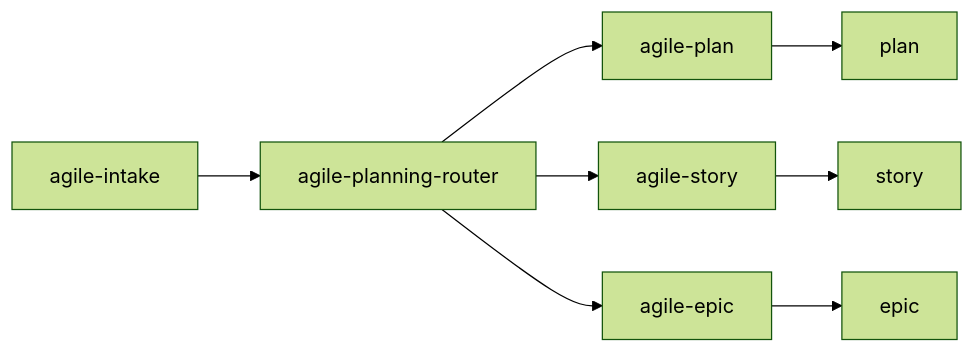
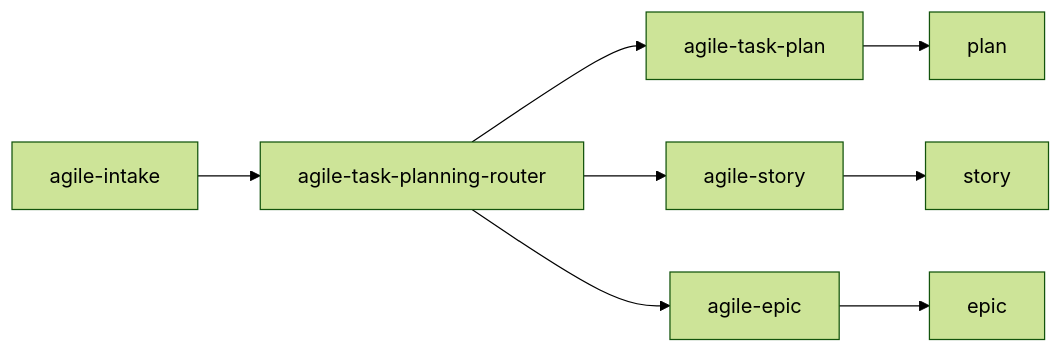
Before and after one commit to djalmajr/essential-skills: the diagram in skills/agile-planning-router/README.md, drawn with Mermaid (forest theme). The commit also changed other lines of this file and 29 other files, not shown here.

First line of the commit message:
Rename agile-plan to agile-task-plan, remove all sizing codes

````diff
--- a/skills/agile-planning-router/README.md
+++ b/skills/agile-planning-router/README.md
@@ -58,10 +58,10 @@
 ```mermaid
 flowchart LR
-    A[agile-intake] --> B[agile-planning-router]
-    B --> C[agile-plan]
+    A[agile-intake] --> B[agile-task-planning-router]
+    B --> C[agile-task-plan]
     C --> D[plan]
     B --> E[agile-story]
     E --> F[story]
     B --> G[agile-epic]
     G --> H[epic]
 ```
````
